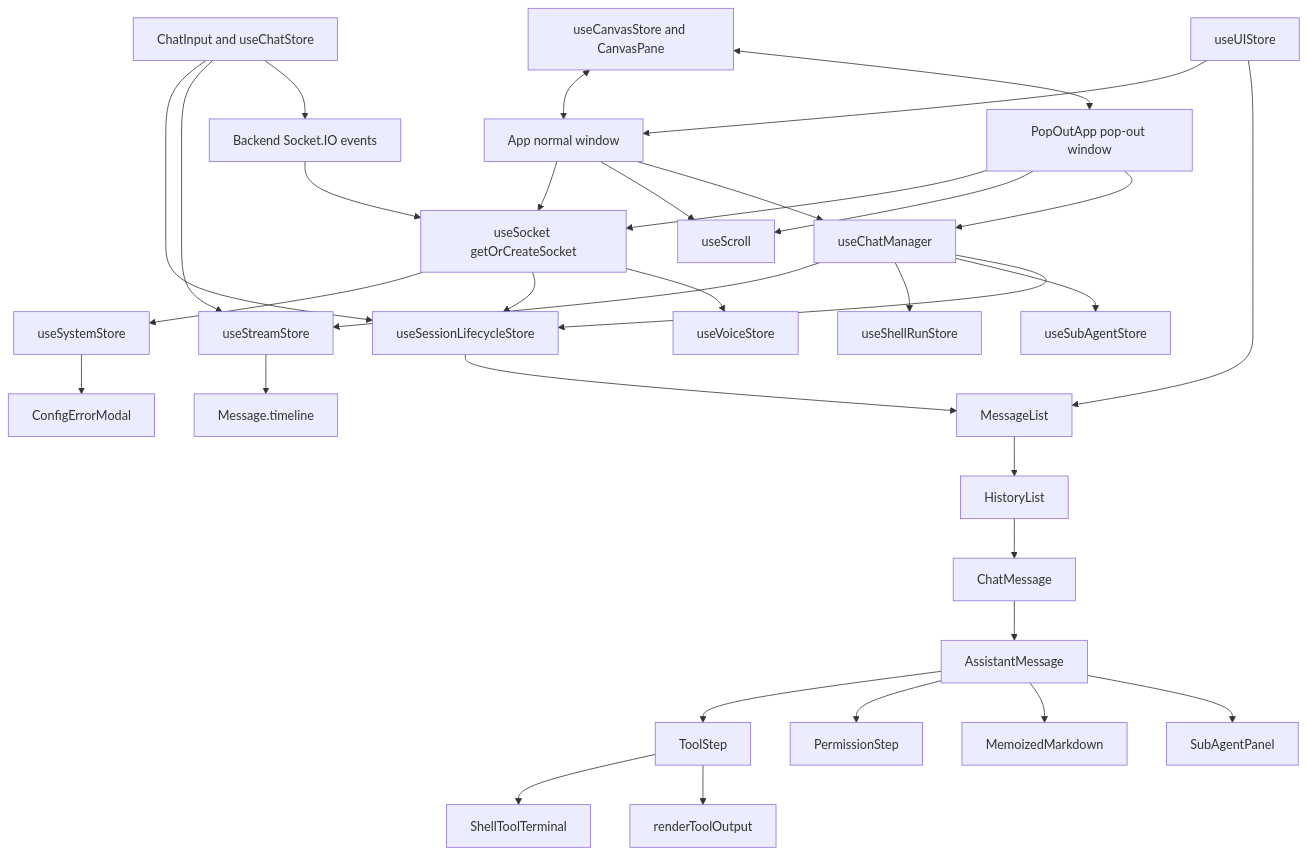
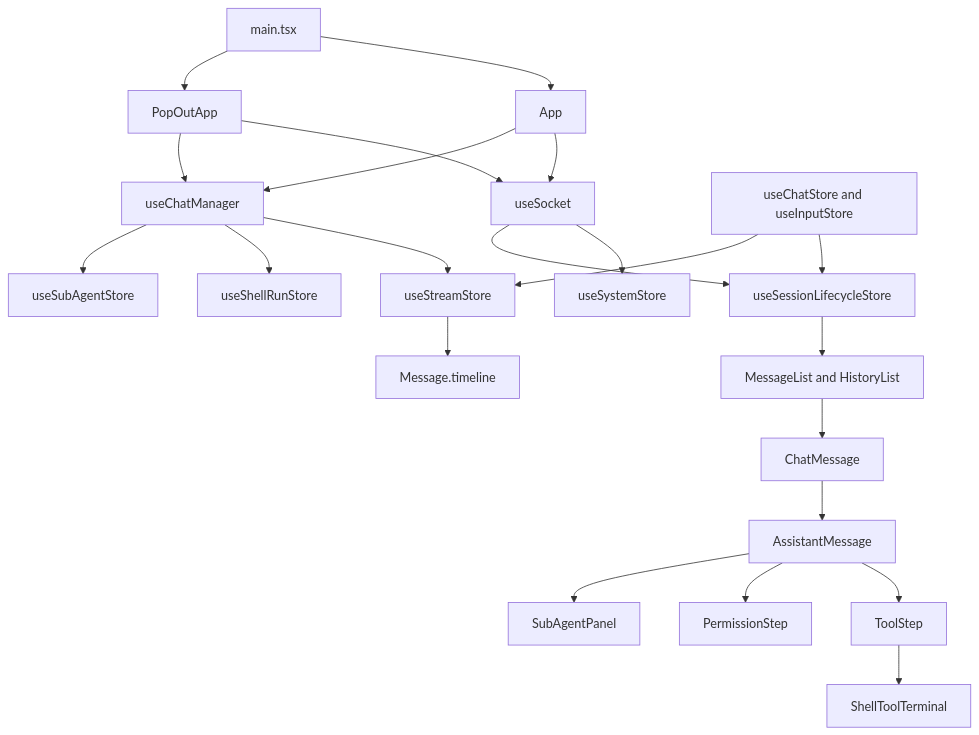
Before and after one commit to BitsInBytes/AcpUI: the diagram in documents/[Feature Doc] - Frontend Architecture.md, drawn with Mermaid. The commit also changed other lines of this file and 59 other files, not shown here.

````diff
--- a/documents/[Feature Doc] - Frontend Architecture.md
+++ b/documents/[Feature Doc] - Frontend Architecture.md
@@ -161,41 +90,24 @@
 ```mermaid
 flowchart TB
-  Backend[Backend Socket.IO events] --> Socket[useSocket getOrCreateSocket]
+  Main[main.tsx] --> App[App]
+  Main --> Pop[PopOutApp]
+  App --> Socket[useSocket]
+  Pop --> Socket
+  App --> ChatMgr[useChatManager]
+  Pop --> ChatMgr
   Socket --> System[useSystemStore]
-  System --> ConfigModal[ConfigErrorModal]
   Socket --> Lifecycle[useSessionLifecycleStore]
-  Socket --> Voice[useVoiceStore]
-
-  AppRoot[App normal window] --> Socket
-  PopRoot[PopOutApp pop-out window] --> Socket
-  AppRoot --> Scroll[useScroll]
-  PopRoot --> Scroll
-  AppRoot --> ChatMgr[useChatManager]
-  PopRoot --> ChatMgr
-
   ChatMgr --> Stream[useStreamStore]
   ChatMgr --> Shell[useShellRunStore]
-  ChatMgr --> SubAgents[useSubAgentStore]
-  ChatMgr --> Lifecycle
-
-  Input[ChatInput and useChatStore] --> Lifecycle
+  ChatMgr --> Agents[useSubAgentStore]
+  Input[useChatStore and useInputStore] --> Lifecycle
   Input --> Stream
-  Input --> Backend
-
   Stream --> Timeline[Message.timeline]
-  Lifecycle --> MessageList[MessageList]
-  MessageList --> HistoryList[HistoryList]
-  HistoryList --> ChatMessage[ChatMessage]
+  Lifecycle --> Messages[MessageList and HistoryList]
+  Messages --> ChatMessage[ChatMessage]
   ChatMessage --> Assistant[AssistantMessage]
   Assistant --> ToolStep[ToolStep]
   Assistant --> Permission[PermissionStep]
-  Assistant --> Markdown[MemoizedMarkdown]
-  Assistant --> SubAgentPanel[SubAgentPanel]
-  ToolStep --> ShellTerminal[ShellToolTerminal]
-  ToolStep --> Output[renderToolOutput]
-
-  Canvas[useCanvasStore and CanvasPane] <--> AppRoot
-  Canvas <--> PopRoot
-  UI[useUIStore] --> AppRoot
-  UI --> MessageList
+  ToolStep --> Terminal[ShellToolTerminal]
+  Assistant --> AgentPanel[SubAgentPanel]
 ```
````
